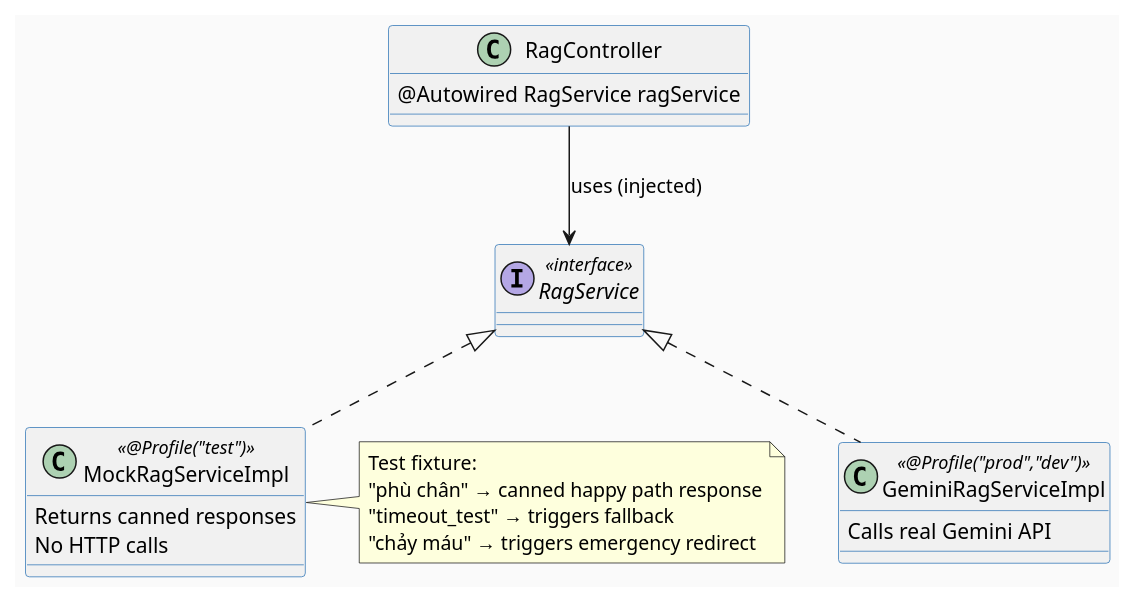
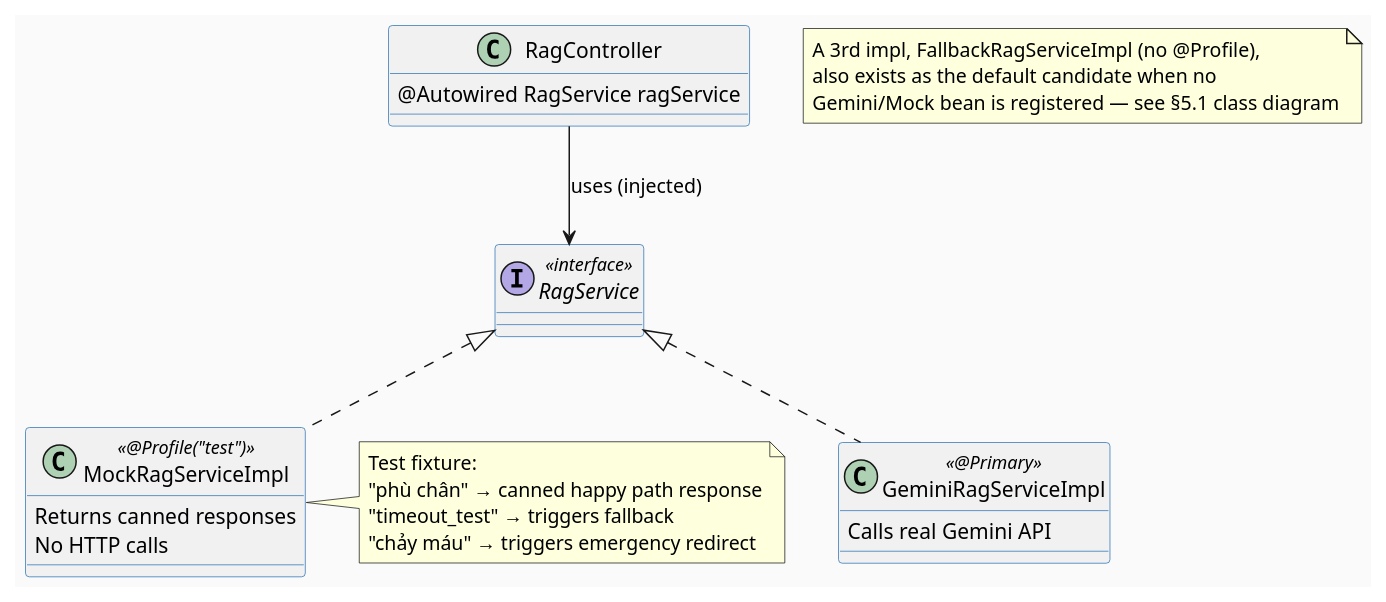
Before and after one commit to ChuongBDHE172784/CareBridge_SEP490_G79: the fifth of 5 diagrams in 04_Implement/UC132_GenerateRAGAnswer/UC132_GenerateRAGAnswer_TDS.md, drawn with PlantUML. The commit also changed other lines of this file and 93 other files, not shown here.

````diff
--- a/04_Implement/UC132_GenerateRAGAnswer/UC132_GenerateRAGAnswer_TDS.md
+++ b/04_Implement/UC132_GenerateRAGAnswer/UC132_GenerateRAGAnswer_TDS.md
@@ -561,33 +568,39 @@
 ```plantuml
 @startuml UC132_MockProviderPattern
 skinparam backgroundColor #FAFAFA
 skinparam ClassBorderColor #2E75B6
 
 interface RagService <<interface>>
 
-class GeminiRagServiceImpl <<@Profile("prod","dev")>> {
+class GeminiRagServiceImpl <<@Primary>> {
   Calls real Gemini API
 }
 
 class MockRagServiceImpl <<@Profile("test")>> {
   Returns canned responses\nNo HTTP calls
 }
+
+note as N1
+  A 3rd impl, FallbackRagServiceImpl (no @Profile),
+  also exists as the default candidate when no
+  Gemini/Mock bean is registered — see §5.1 class diagram
+end note
 
 RagService <|.. GeminiRagServiceImpl
 RagService <|.. MockRagServiceImpl
 
 class RagController {
   @Autowired RagService ragService
 }
 
 RagController --> RagService : uses (injected)
 
 note right of MockRagServiceImpl
   Test fixture:
   "phù chân" → canned happy path response
   "timeout_test" → triggers fallback
   "chảy máu" → triggers emergency redirect
 end note
 
 @enduml
 ```
````
